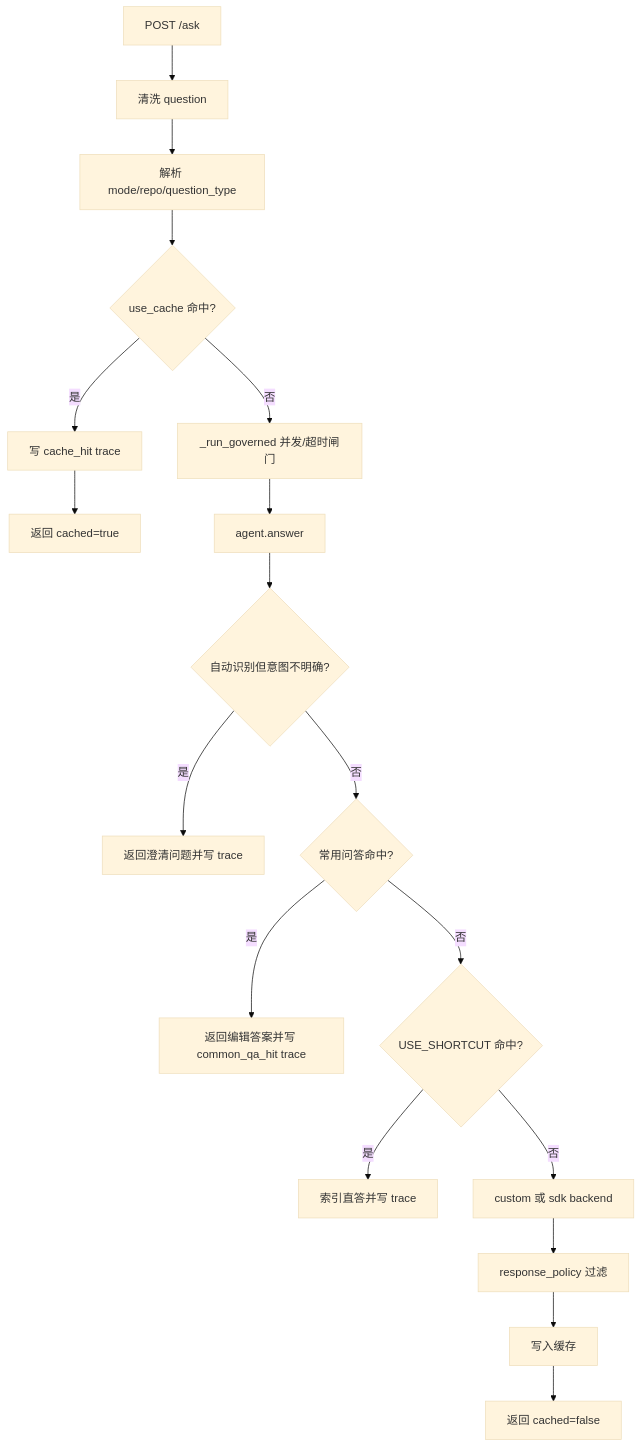
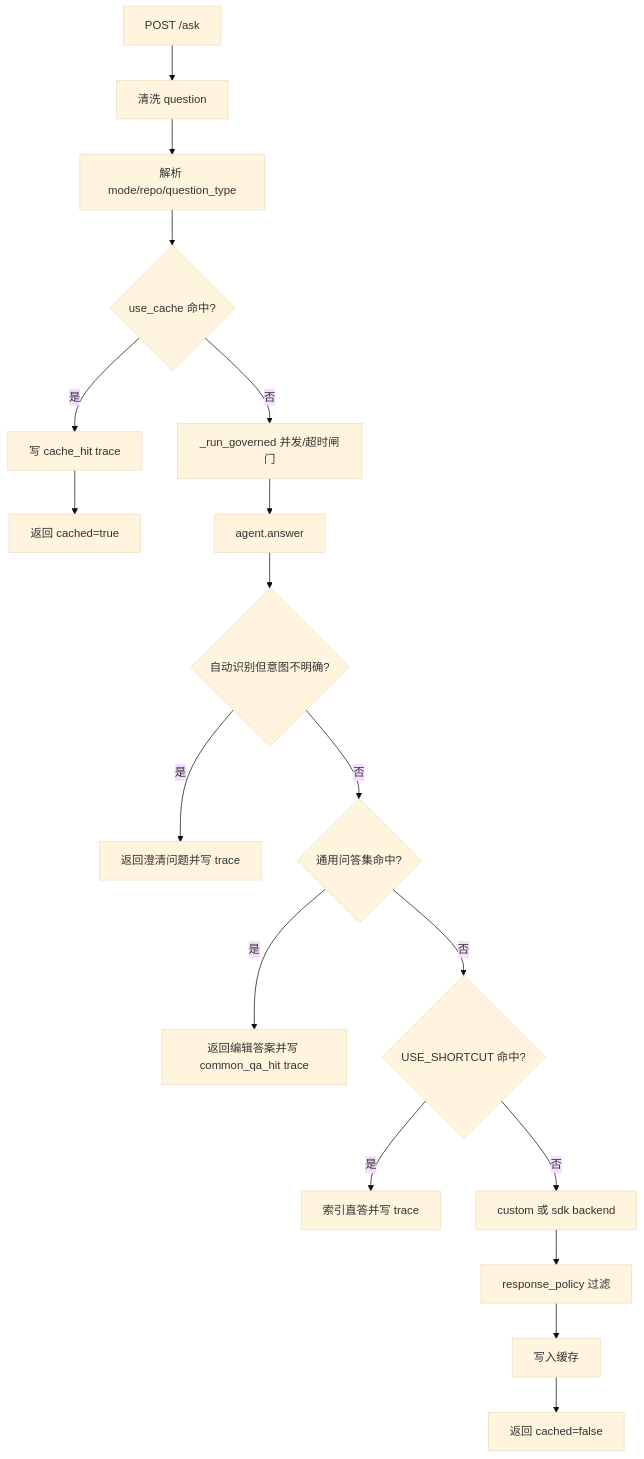
The first of 3 diagrams in docs/ask-diagnose-flow.md (nomad003/n-code-agent), drawn with Mermaid (base theme) before and after one commit. The commit also changed other lines of this file and 5 other files, not shown here.

````diff
--- a/docs/ask-diagnose-flow.md
+++ b/docs/ask-diagnose-flow.md
@@ -41,20 +41,20 @@
 ```mermaid
 flowchart TD
   A[POST /ask] --> B[清洗 question]
   B --> C[解析 mode/repo/question_type]
   C --> D{use_cache 命中?}
   D -- 是 --> E[写 cache_hit trace]
   E --> F[返回 cached=true]
   D -- 否 --> G[_run_governed 并发/超时闸门]
   G --> H[agent.answer]
   H --> I{自动识别但意图不明确?}
   I -- 是 --> J[返回澄清问题并写 trace]
-  I -- 否 --> K{常用问答命中?}
+  I -- 否 --> K{通用问答集命中?}
   K -- 是 --> L[返回编辑答案并写 common_qa_hit trace]
   K -- 否 --> M{USE_SHORTCUT 命中?}
   M -- 是 --> N[索引直答并写 trace]
   M -- 否 --> O[custom 或 sdk backend]
   O --> P[response_policy 过滤]
   P --> Q[写入缓存]
   Q --> R[返回 cached=false]
 ```
````
